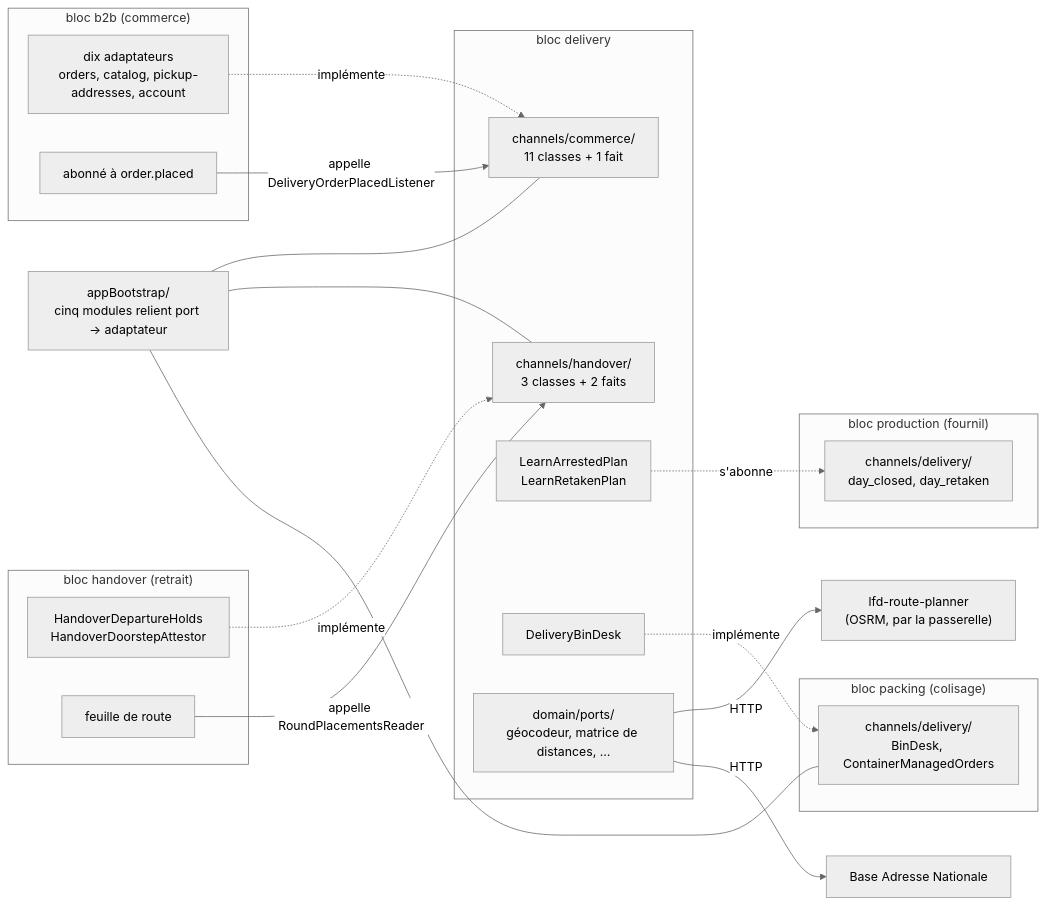
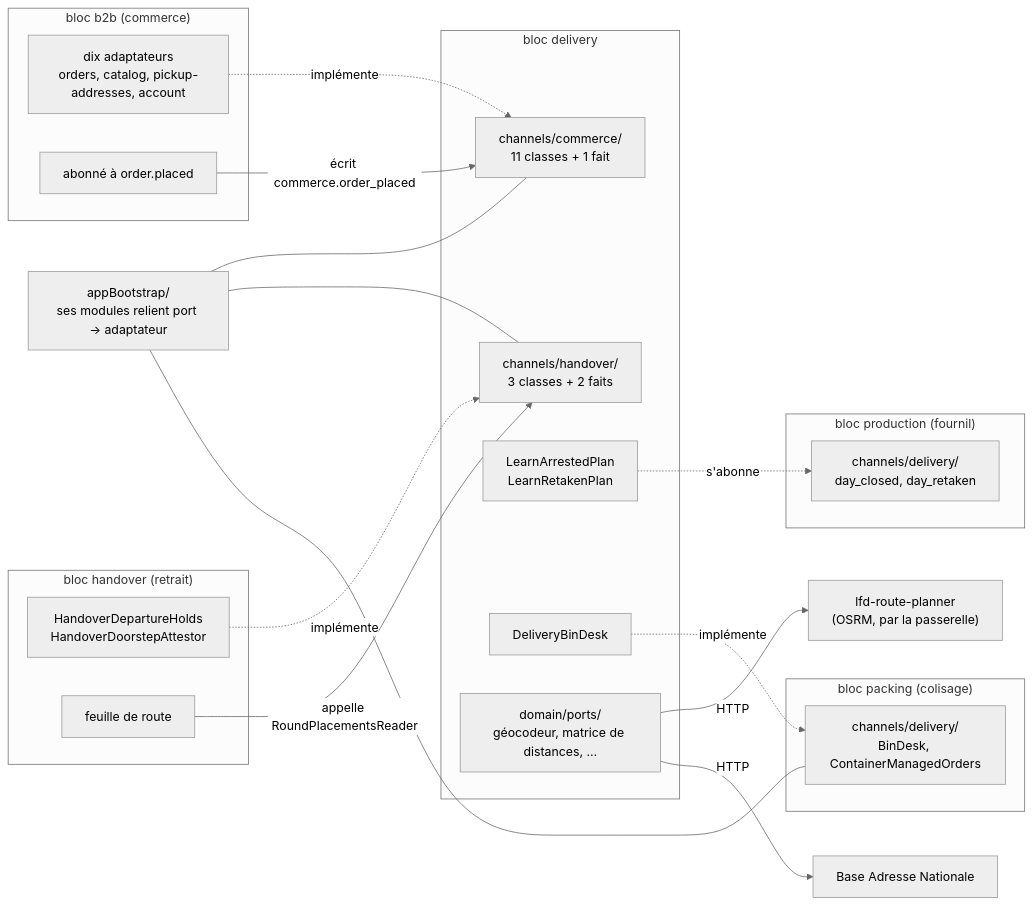
One commit to hugoheynard/lfd changed the second of 2 diagrams in documentation/livraisons/architecture/architecture-isolation-livraison.md. Above: the diagram before and after it, drawn with Mermaid (neutral theme). The commit also changed other lines of this file and 29 other files, not shown here.

````diff
--- a/documentation/livraisons/architecture/architecture-isolation-livraison.md
+++ b/documentation/livraisons/architecture/architecture-isolation-livraison.md
@@ -134,38 +134,38 @@
 ```mermaid
 flowchart LR
   subgraph delivery["bloc delivery"]
     CC["channels/commerce/<br/>11 classes + 1 fait"]
     CH["channels/handover/<br/>3 classes + 2 faits"]
     SUB["LearnArrestedPlan<br/>LearnRetakenPlan"]
     BD["DeliveryBinDesk"]
     DP["domain/ports/<br/>géocodeur, matrice de distances, …"]
   end
   subgraph b2b["bloc b2b (commerce)"]
     O["dix adaptateurs<br/>orders, catalog, pickup-addresses, account"]
     TP["abonné à order.placed"]
   end
   subgraph handover["bloc handover (retrait)"]
     H["HandoverDepartureHolds<br/>HandoverDoorstepAttestor"]
     RSH["feuille de route"]
   end
   subgraph production["bloc production (fournil)"]
     PD["channels/delivery/<br/>day_closed, day_retaken"]
   end
   subgraph packing["bloc packing (colisage)"]
     PK["channels/delivery/<br/>BinDesk, ContainerManagedOrders"]
   end
-  AB["appBootstrap/<br/>cinq modules relient port → adaptateur"]
+  AB["appBootstrap/<br/>ses modules relient port → adaptateur"]
   RP["lfd-route-planner<br/>(OSRM, par la passerelle)"]
   BAN["Base Adresse Nationale"]
   O -. implémente .-> CC
-  TP -- "appelle DeliveryOrderPlacedListener" --> CC
+  TP -- "écrit commerce.order_placed" --> CC
   H -. implémente .-> CH
   RSH -- "appelle RoundPlacementsReader" --> CH
   SUB -. "s'abonne" .-> PD
   BD -. implémente .-> PK
   AB --- CC
   AB --- CH
   AB --- PK
   DP -- HTTP --> RP
   DP -- HTTP --> BAN
 ```
````
